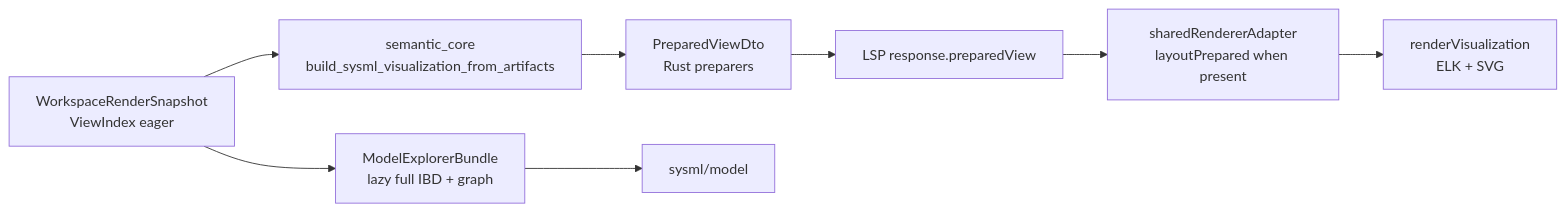
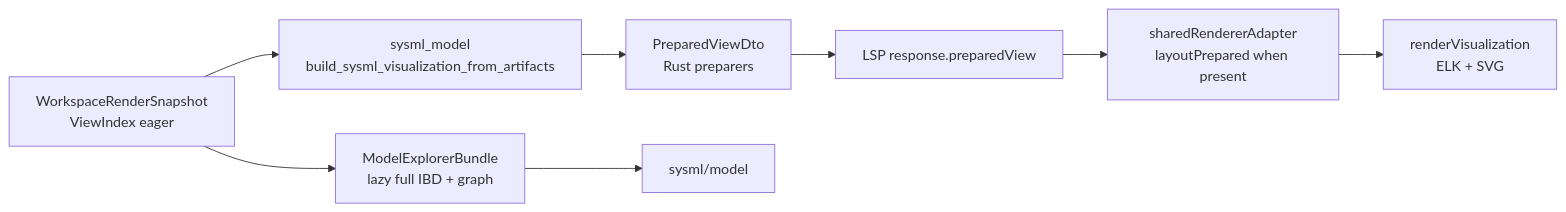
One commit to elan8/spec42 changed the diagram in docs/architecture/PREPARE-PIPELINE-OVERLAP.md. Above: the diagram before and after it, drawn with Mermaid. The commit also changed other lines of this file and 9 other files, not shown here.

First line of the commit message:
Refactor LSP server symbol handling and improve workspace visualization logic

````diff
--- a/docs/architecture/PREPARE-PIPELINE-OVERLAP.md
+++ b/docs/architecture/PREPARE-PIPELINE-OVERLAP.md
@@ -7,10 +7,10 @@
 ```mermaid
 flowchart LR
-    Snap["WorkspaceRenderSnapshot\nViewIndex eager"] --> Rust["semantic_core\nbuild_sysml_visualization_from_artifacts"]
+    Snap["WorkspaceRenderSnapshot\nViewIndex eager"] --> Rust["sysml_model\nbuild_sysml_visualization_from_artifacts"]
     Rust --> PV["PreparedViewDto\nRust preparers"]
     PV --> LSP["LSP response.preparedView"]
     LSP --> Webview["sharedRendererAdapter\nlayoutPrepared when present"]
     Webview --> Render["renderVisualization\nELK + SVG"]
     Snap --> ME["ModelExplorerBundle\nlazy full IBD + graph"]
     ME --> Model["sysml/model"]
 ```
````
